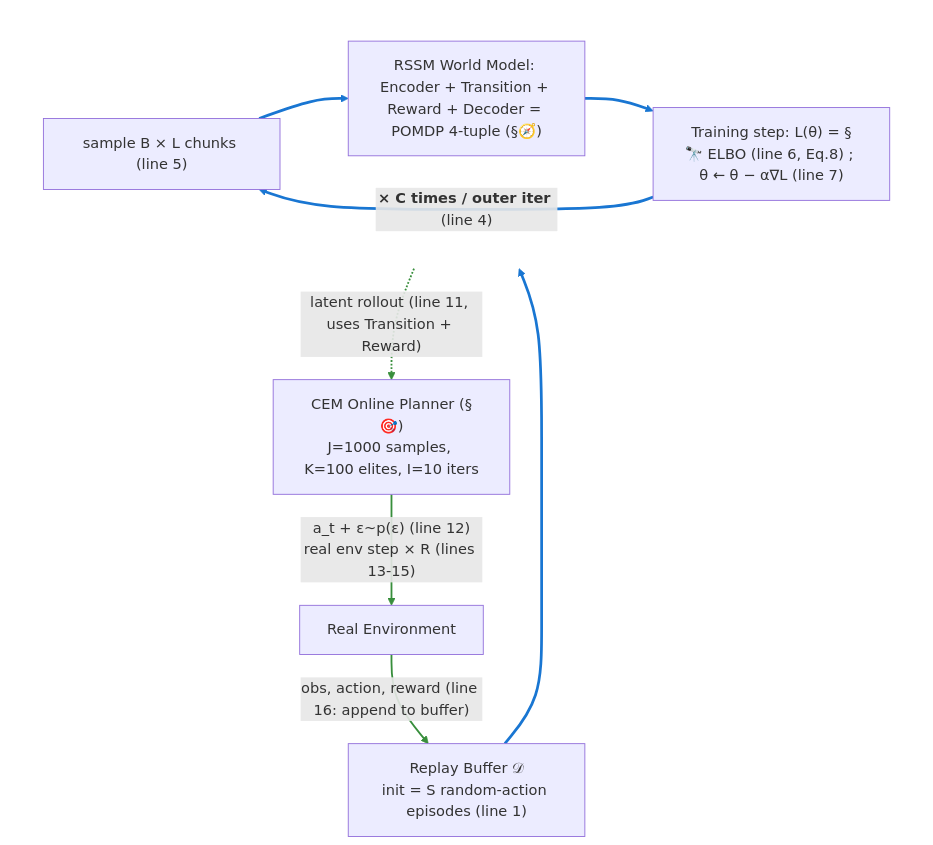
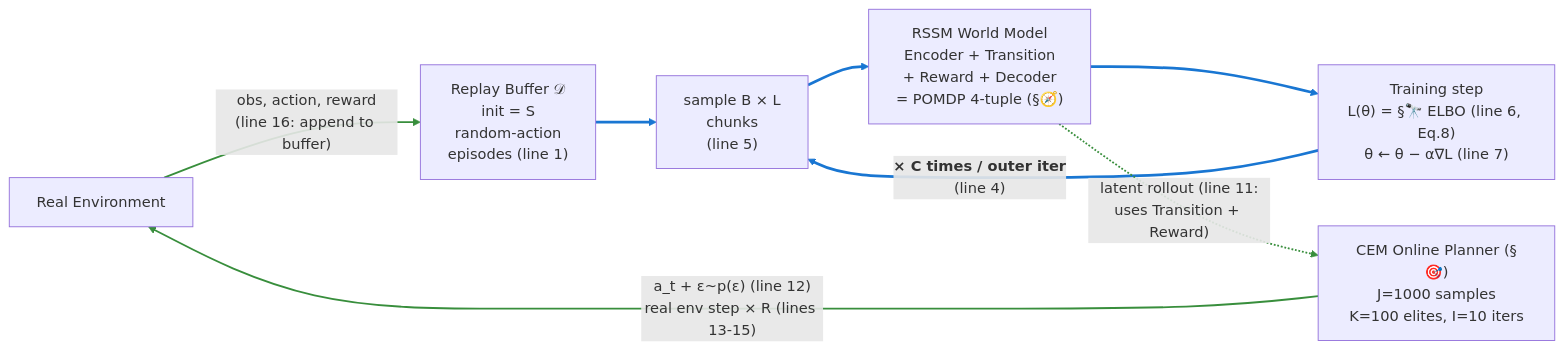
The seventh of 7 diagrams in World-Model-Study-Notes.md (jinxinzhou/world-model-study), drawn with Mermaid before and after one commit. The commit also changed other lines of this file and 1 other file, not shown here.

Commit message:
docs: switch bird's-eye mermaid to global LR layout, enlarge algo image to 700px
Subgraph-level 'direction LR' wasn't honored by the renderer, so nodes
were still stacked vertically. Move to flowchart LR globally with
multi-line labels to keep each box narrow. Bump td widths to 60/40 and
algorithm image back up to 700px for readability.

````diff
--- a/World-Model-Study-Notes.md
+++ b/World-Model-Study-Notes.md
@@ -2168,32 +2168,25 @@
 ```mermaid
-flowchart TD
+flowchart LR
     Env["Real Environment"]
-    Buffer["Replay Buffer 𝒟<br/>init = S random-action episodes (line 1)"]
+    Buffer["Replay Buffer 𝒟<br/>init = S<br/>random-action<br/>episodes (line 1)"]
+    Sample["sample B × L<br/>chunks<br/>(line 5)"]
+    RSSM["RSSM World Model<br/>Encoder + Transition<br/>+ Reward + Decoder<br/>= POMDP 4-tuple (§🧭)"]
+    Train["Training step<br/>L(θ) = §🔭 ELBO (line 6, Eq.8)<br/>θ ← θ − α∇L (line 7)"]
+    CEM["CEM Online Planner (§🎯)<br/>J=1000 samples<br/>K=100 elites, I=10 iters"]
 
-    subgraph A_phase [" "]
-        direction LR
-        Sample["sample B × L chunks (line 5)"]
-        RSSM["RSSM World Model: Encoder + Transition + Reward + Decoder = POMDP 4-tuple (§🧭)"]
-        Train["Training step: L(θ) = §🔭 ELBO (line 6, Eq.8) ; θ ← θ − α∇L (line 7)"]
-        Train -->|"<b>× C times / outer iter</b> (line 4)"| Sample
-        Sample --> RSSM
-        RSSM --> Train
-    end
-
-    CEM["CEM Online Planner (§🎯)<br/>J=1000 samples, K=100 elites, I=10 iters"]
-
-    Env -->|"obs, action, reward (line 16: append to buffer)"| Buffer
+    Env -->|"obs, action, reward<br/>(line 16: append to buffer)"| Buffer
     Buffer --> Sample
-    RSSM -.->|"latent rollout (line 11, uses Transition + Reward)"| CEM
+    Sample --> RSSM
+    RSSM --> Train
+    Train -->|"<b>× C times / outer iter</b><br/>(line 4)"| Sample
+    RSSM -.->|"latent rollout (line 11:<br/>uses Transition + Reward)"| CEM
     CEM -->|"a_t + ε~p(ε) (line 12)<br/>real env step × R (lines 13-15)"| Env
 
-    style A_phase fill:transparent,stroke:transparent
-
-    linkStyle 0 stroke:#1976d2,stroke-width:3px
+    linkStyle 0 stroke:#388e3c,stroke-width:2px
     linkStyle 1 stroke:#1976d2,stroke-width:3px
     linkStyle 2 stroke:#1976d2,stroke-width:3px
-    linkStyle 3 stroke:#388e3c,stroke-width:2px
+    linkStyle 3 stroke:#1976d2,stroke-width:3px
     linkStyle 4 stroke:#1976d2,stroke-width:3px
     linkStyle 5 stroke:#388e3c,stroke-width:2px
     linkStyle 6 stroke:#388e3c,stroke-width:2px
 ```
````
